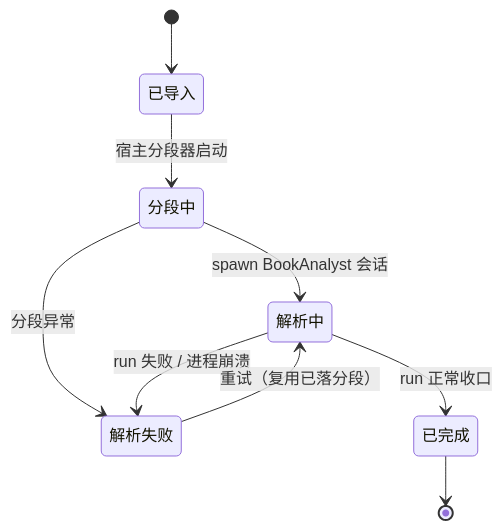
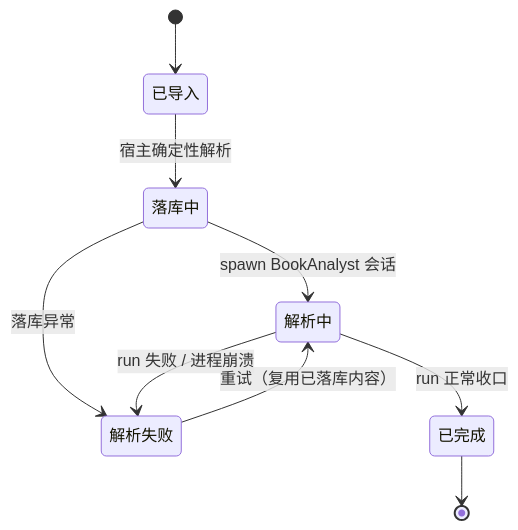
The fourth of 5 diagrams in docs/PRD/library-完本解构.md (fanghuarunbalala/nova-writing), drawn with Mermaid before and after one commit. The commit also changed other lines of this file, not shown here.

````diff
--- a/docs/PRD/library-完本解构.md
+++ b/docs/PRD/library-完本解构.md
@@ -78,11 +102,11 @@
 ```mermaid
 stateDiagram-v2
     [*] --> 已导入
-    已导入 --> 分段中: 宿主分段器启动
-    分段中 --> 解析中: spawn BookAnalyst 会话
-    分段中 --> 解析失败: 分段异常
+    已导入 --> 落库中: 宿主确定性解析
+    落库中 --> 解析中: spawn BookAnalyst 会话
+    落库中 --> 解析失败: 落库异常
     解析中 --> 已完成: run 正常收口
     解析中 --> 解析失败: run 失败 / 进程崩溃
-    解析失败 --> 解析中: 重试（复用已落分段）
+    解析失败 --> 解析中: 重试（复用已落库内容）
     已完成 --> [*]
 ```
````
